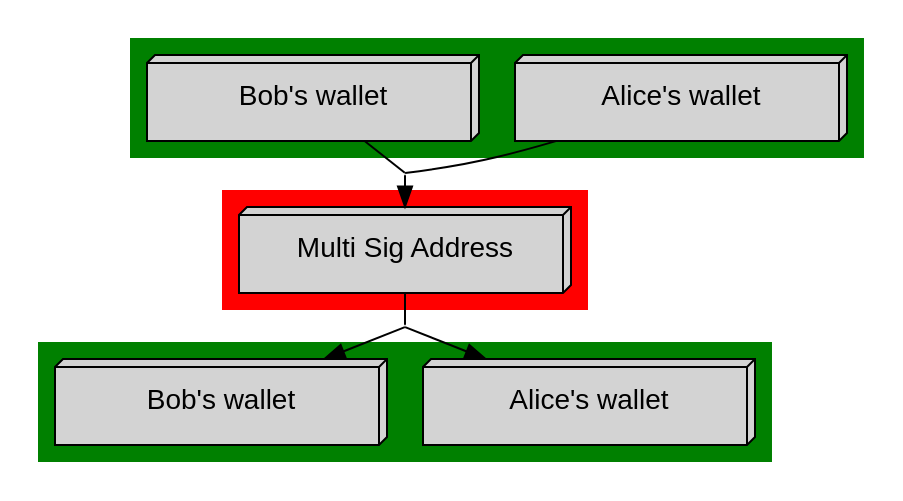
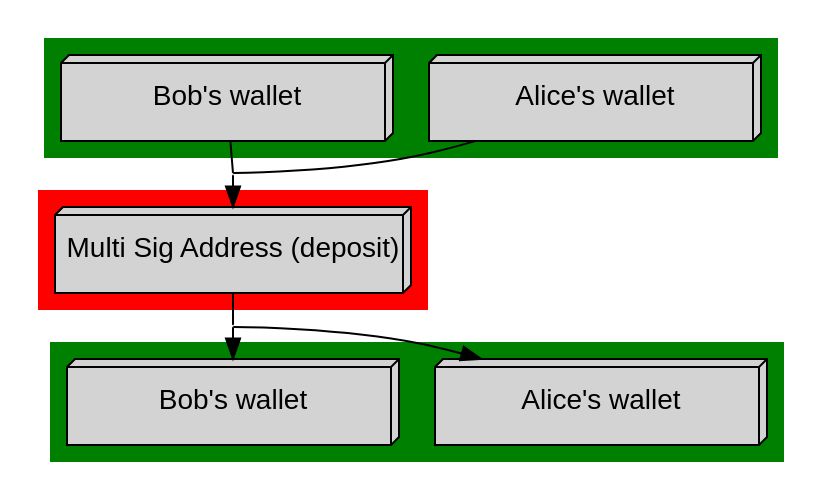
Before and after one commit to starius/harb-lapis: the diagram in multisig-escrow/escrow.dot, drawn with Graphviz.

Commit message:
escrow graph: multisig address "deposit"

```diff
--- a/multisig-escrow/escrow.dot
+++ b/multisig-escrow/escrow.dot
@@ -1,39 +1,39 @@
 digraph G {
     ranksep=0.2;
     rankdir=TB;
 
     node [style=filled, shape=box3d,
         width=2.3, height=0.6, fontname="Arial"];
 
     subgraph cluster_inputs {
         style = filled;
         color = green;
         alice_input [label="Alice's wallet"];
         bob_input [label="Bob's wallet"];
     }
 
     subgraph cluster_multisig {
         style = filled;
         color = red;
-        multisig_address [label="Multi Sig Address"];
+        multisig_address [label="Multi Sig Address (deposit)"];
     }
 
     subgraph cluster_outputs {
         style = filled;
         color = green;
         alice_output [label="Alice's wallet"];
         bob_output [label="Bob's wallet"];
     }
 
     node[shape=none, width=0, height=0, label=""];
     edge[dir=none];
     alice_input -> dummy_input;
     bob_input -> dummy_input;
     edge[dir=forward];
     dummy_input -> multisig_address;
     edge[dir=none];
     multisig_address -> dummy_output;
     edge[dir=forward];
     dummy_output -> alice_output;
     dummy_output -> bob_output;
 }
```
